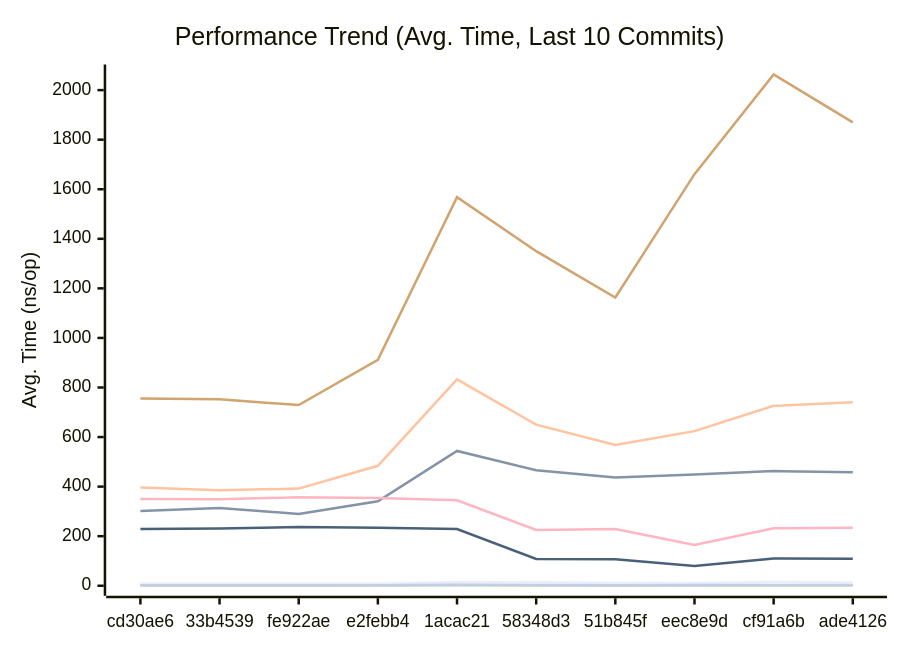
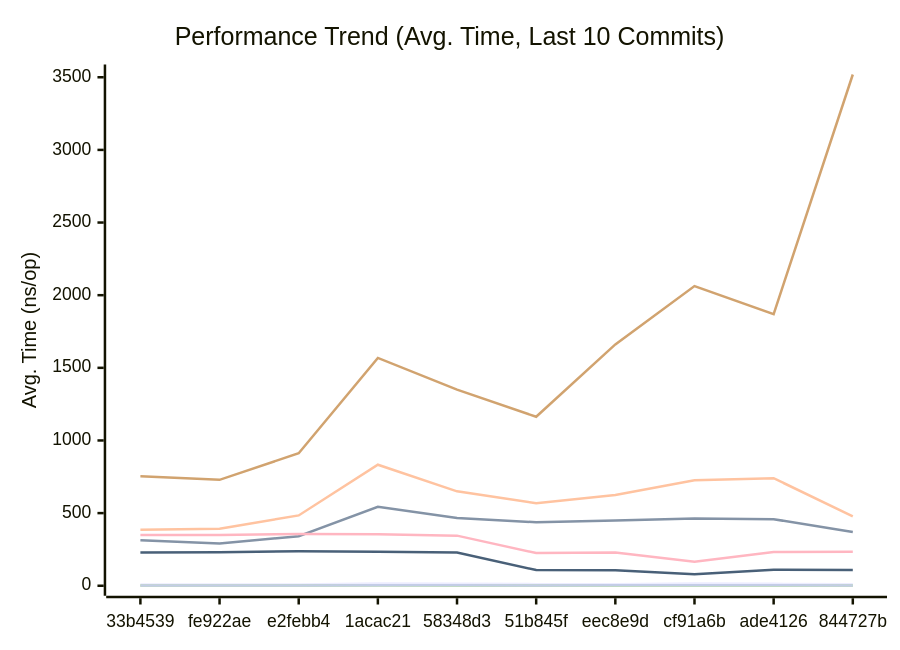
One commit to alsotoes/momo changed the first of 3 diagrams in docs/PERFORMANCE.md. Above: the diagram before and after it, drawn with Mermaid. The commit also changed other lines of this file and 3 other files, not shown here.

First line of the commit message:
fix: master CI benchstat failure — add CrushOriginal to ignore list, optimize TLS config parsing

````diff
--- a/docs/PERFORMANCE.md
+++ b/docs/PERFORMANCE.md
@@ -80,16 +82,16 @@
 ```mermaid
 xychart-beta
     title "Performance Trend (Avg. Time, Last 10 Commits)"
     x-axis "Commit"
     y-axis "Avg. Time (ns/op)"
-    x-axis [cd30ae6,33b4539,fe922ae,e2febb4,1acac21,58348d3,51b845f,eec8e9d,cf91a6b,ade4126]
-    line "CheckMetricsAndSwap" [8,8,8,8,15,14,11,11,15,13]
-    line "CrushOptimized" [302,314,290,341,544,466,437,449,463,458]
-    line "CrushOriginal" [396,385,392,484,833,650,568,624,726,740]
-    line "IndexDirectTracking" [0,0,0,1,1,1,0,0,1,1]
-    line "IndexSearch" [2,2,2,2,3,2,2,2,2,2]
-    line "LoadGlobalConfig" [756,753,729,912,1568,1350,1163,1661,2063,1870]
-    line "PadString" [2,2,2,2,4,3,2,3,3,3]
+    x-axis [33b4539,fe922ae,e2febb4,1acac21,58348d3,51b845f,eec8e9d,cf91a6b,ade4126,844727b]
+    line "CheckMetricsAndSwap" [8,8,8,15,14,11,11,15,13,10]
+    line "CrushOptimized" [314,290,341,544,466,437,449,463,458,370]
+    line "CrushOriginal" [385,392,484,833,650,568,624,726,740,478]
+    line "IndexDirectTracking" [0,0,1,1,1,0,0,1,1,0]
+    line "IndexSearch" [2,2,2,3,2,2,2,2,2,2]
+    line "LoadGlobalConfig" [753,729,912,1568,1350,1163,1661,2063,1870,3519]
+    line "PadString" [2,2,2,4,3,2,3,3,3,2]
     line "ParseReplicationOrder_NoPrealloc" [350,349,357,354,345,225,229,165,232,234]
     line "ParseReplicationOrder_Prealloc" [229,231,237,234,229,108,107,80,110,109]
 ```
````
